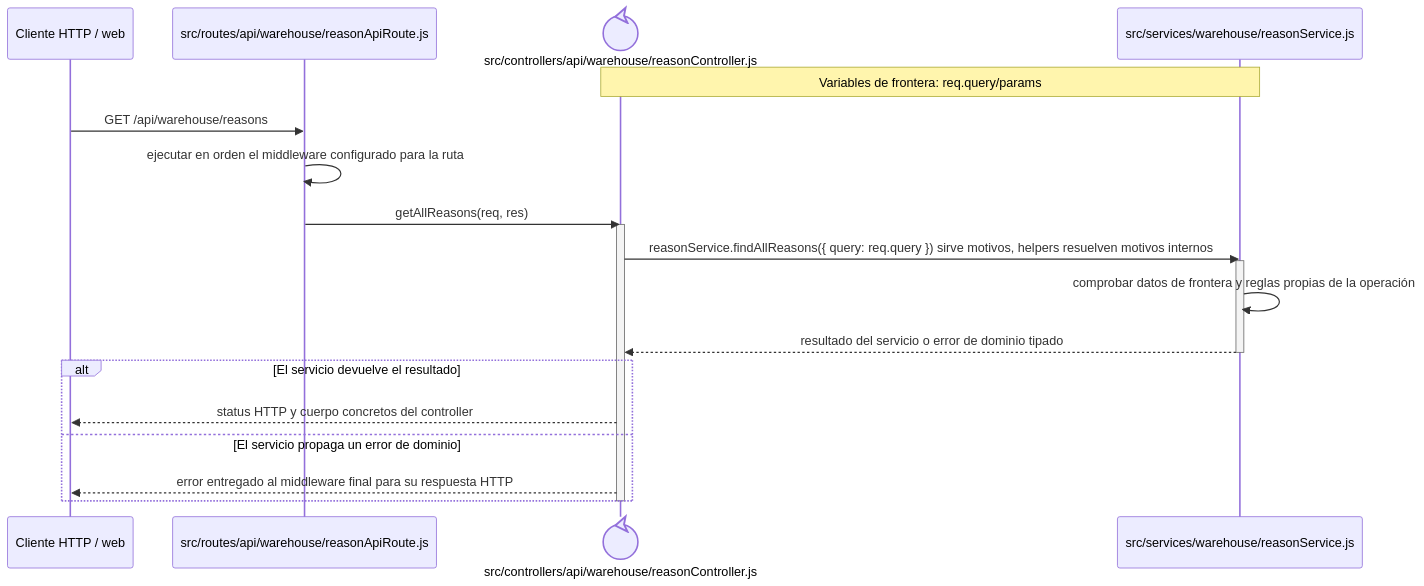
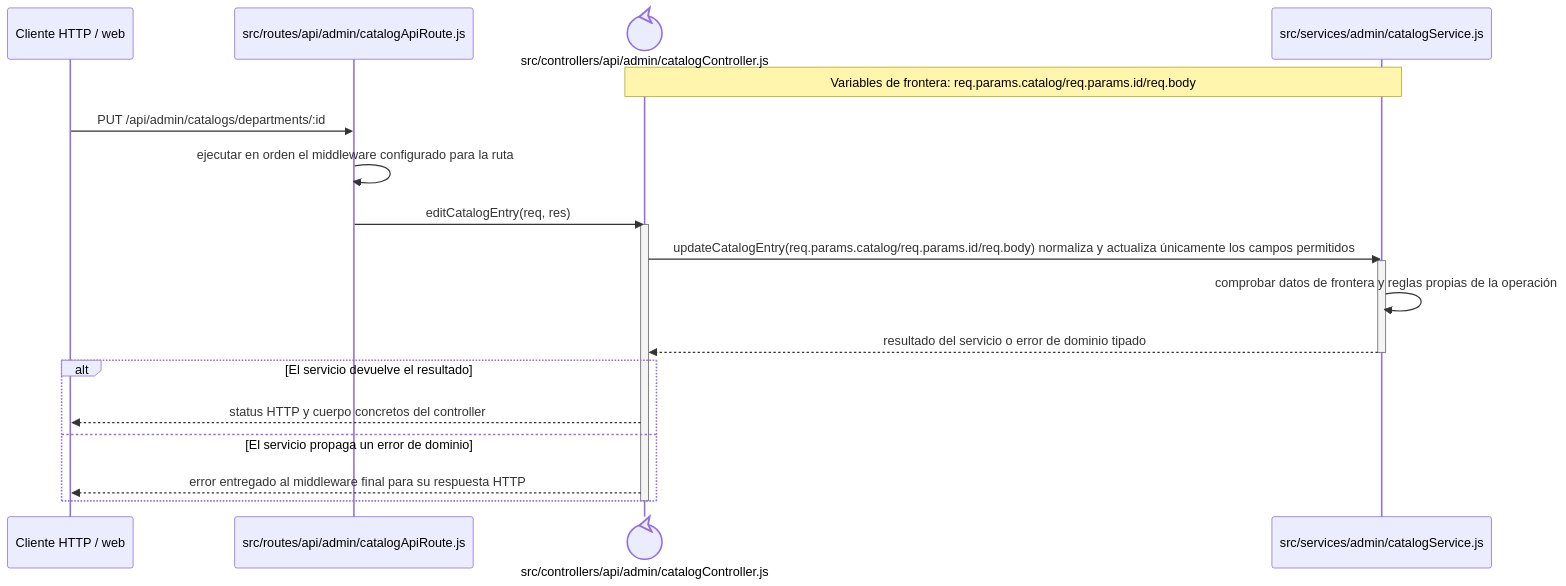
Before and after one commit to gpgsistemas01/nexus: the diagram in docs/architecture/backend-code-sequences/catalogs/cu-cat-29.md, drawn with Mermaid. The commit also changed other lines of this file and 126 other files, not shown here.

````diff
--- a/docs/architecture/backend-code-sequences/catalogs/cu-cat-29.md
+++ b/docs/architecture/backend-code-sequences/catalogs/cu-cat-29.md
@@ -6,24 +6,24 @@
 ```mermaid
 sequenceDiagram
     participant Client as Cliente HTTP / web
-    participant Route as src/routes/api/warehouse/reasonApiRoute.js
-    participant Controller@{ "type": "control" } as src/controllers/api/warehouse/reasonController.js
-    participant Domain as src/services/warehouse/reasonService.js
-    Note over Controller,Domain: Variables de frontera: req.query/params
+    participant Route as src/routes/api/admin/catalogApiRoute.js
+    participant Controller@{ "type": "control" } as src/controllers/api/admin/catalogController.js
+    participant Domain as src/services/admin/catalogService.js
+    Note over Controller,Domain: Variables de frontera: req.params.catalog/req.params.id/req.body
 
-    Client->>Route: GET /api/warehouse/reasons
+    Client->>Route: PUT /api/admin/catalogs/departments/:id
     Route->>Route: ejecutar en orden el middleware configurado para la ruta
-    Route->>Controller: getAllReasons(req, res)
+    Route->>Controller: editCatalogEntry(req, res)
     activate Controller
-    Controller->>Domain: reasonService.findAllReasons({ query: req.query }) sirve motivos, helpers resuelven motivos internos
+    Controller->>Domain: updateCatalogEntry(req.params.catalog/req.params.id/req.body) normaliza y actualiza únicamente los campos permitidos
     activate Domain
     Domain->>Domain: comprobar datos de frontera y reglas propias de la operación
     Domain-->>Controller: resultado del servicio o error de dominio tipado
     deactivate Domain
     alt El servicio devuelve el resultado
         Controller-->>Client: status HTTP y cuerpo concretos del controller
     else El servicio propaga un error de dominio
         Controller-->>Client: error entregado al middleware final para su respuesta HTTP
     end
     deactivate Controller
 ```
````
